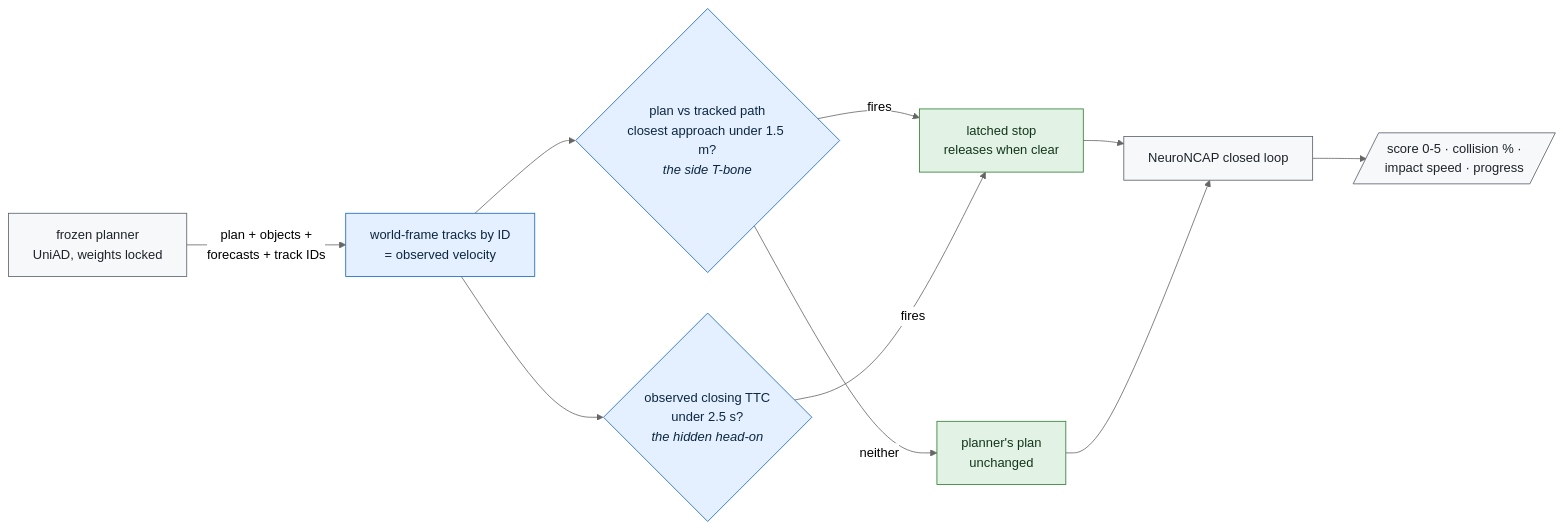
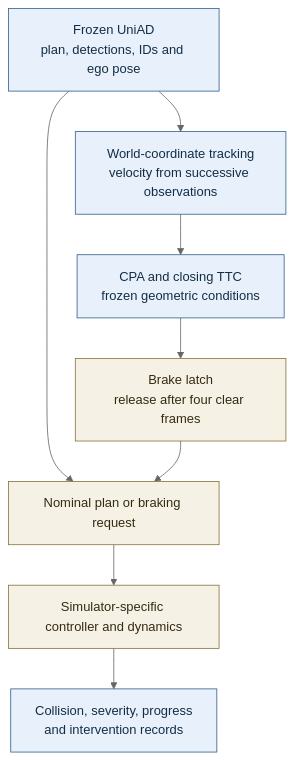
One commit to manfromnowhere143/sentinel changed the first of 3 diagrams in README.md. Above: the diagram before and after it, drawn with Mermaid (neutral theme). The commit also changed other lines of this file and 2 other files, not shown here.

Commit message:
docs: bring default Sentinel landing page through Iter155

````diff
--- a/README.md
+++ b/README.md
@@ -505,18 +42,16 @@
 ```mermaid
-flowchart LR
-  P["frozen planner<br/>UniAD, weights locked"] -- "plan + objects +<br/>forecasts + track IDs" --> A
-  A["world-frame tracks by ID<br/>= observed velocity"] --> C{"plan vs tracked path<br/>closest approach under 1.5 m?<br/><i>the side T-bone</i>"}
-  A --> T{"observed closing TTC<br/>under 2.5 s?<br/><i>the hidden head-on</i>"}
-  C -- fires --> B["latched stop<br/>releases when clear"]
-  T -- fires --> B
-  C -- neither --> E["planner's plan<br/>unchanged"]
-  B --> S["NeuroNCAP closed loop"]
-  E --> S
-  S --> R[/"score 0-5 · collision % ·<br/>impact speed · progress"/]
-  classDef mon fill:#e4f0ff,stroke:#1565c0,color:#0c2742;
-  classDef act fill:#e2f3e5,stroke:#2e7d32,color:#13361b;
-  classDef base fill:#f6f8fa,stroke:#57606a,color:#1f2328;
-  class A,C,T mon;
-  class B,E act;
-  class P,S,R base;
+flowchart TB
+  accTitle: The released Sentinel monitor
+  accDescr: Planner outputs feed geometric tracking and a brake latch. Simulator outcomes are evaluation records, not monitor inputs.
+  P["Frozen UniAD<br/>plan, detections, IDs and ego pose"] --> T["World-coordinate tracking<br/>velocity from successive observations"]
+  T --> C["CPA and closing TTC<br/>frozen geometric conditions"]
+  C --> L["Brake latch<br/>release after four clear frames"]
+  P --> A["Nominal plan or braking request"]
+  L --> A
+  A --> S["Simulator-specific controller and dynamics"]
+  S --> E["Collision, severity, progress<br/>and intervention records"]
+  classDef data fill:#e8f1fb,stroke:#32628c,color:#142d45;
+  classDef action fill:#f5f1e5,stroke:#89733a,color:#352b12;
+  class P,T,C,E data;
+  class L,A,S action;
 ```
````
